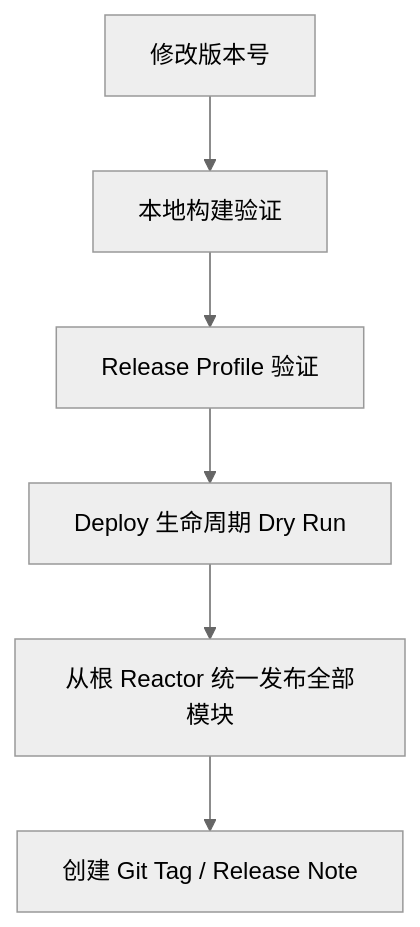
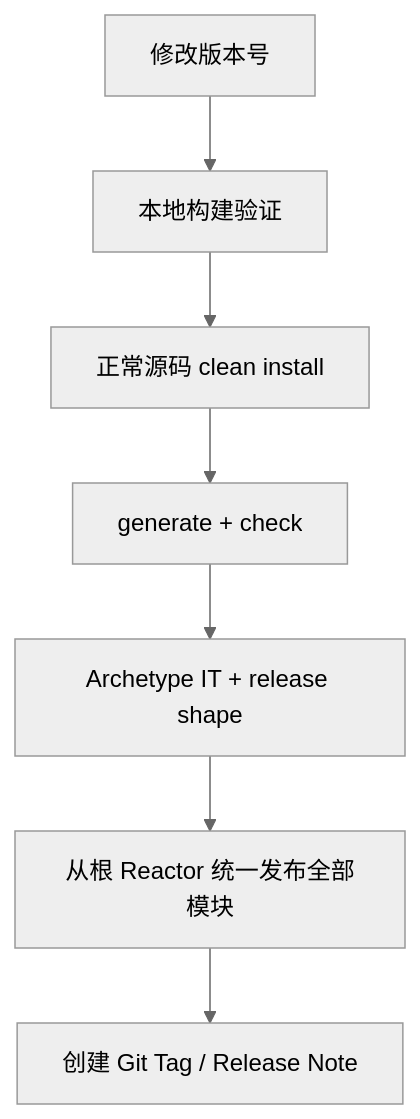
The diagram in scripts/maven-deploy.md (AllenDEricDAlexander/Egon-COLA), drawn with Mermaid (neutral theme) before and after one commit. The commit also changed other lines of this file and 7 other files, not shown here.

````diff
--- a/scripts/maven-deploy.md
+++ b/scripts/maven-deploy.md
@@ -33,8 +34,9 @@
 ```mermaid
 flowchart TD
     A[修改版本号] --> B[本地构建验证]
-    B --> C[Release Profile 验证]
-    C --> D[Deploy 生命周期 Dry Run]
-    D --> E[从根 Reactor 统一发布全部模块]
-    E --> F[创建 Git Tag / Release Note]
+    B --> C[正常源码 clean install]
+    C --> D[generate + check]
+    D --> E[Archetype IT + release shape]
+    E --> F[从根 Reactor 统一发布全部模块]
+    F --> G[创建 Git Tag / Release Note]
 ```
````
